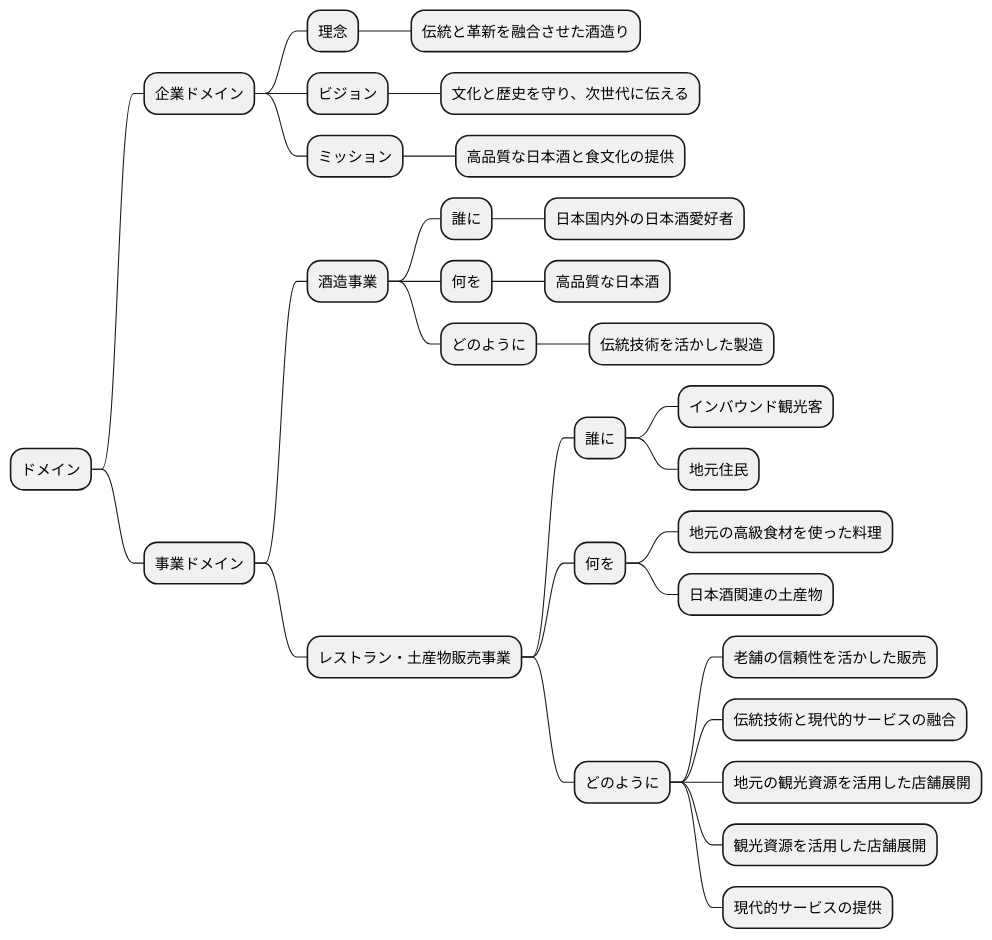
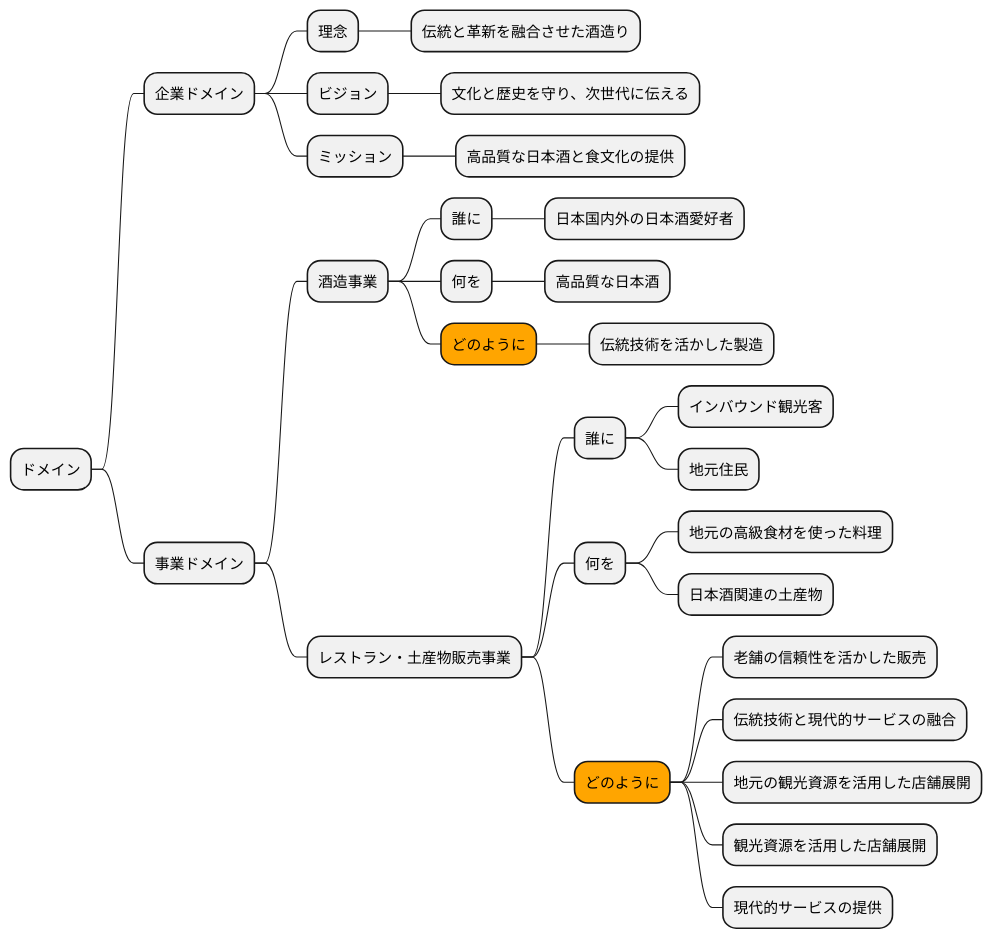
Before and after one commit to k2works/case-sutudy-business-analysis: the fifth of 16 diagrams in docs/case/r02_case_1.adoc, drawn with PlantUML. The commit also changed other lines of this file and 1 other file, not shown here.

```diff
--- a/docs/case/r02_case_1.adoc
+++ b/docs/case/r02_case_1.adoc
@@ -168,38 +168,36 @@
 [plantuml]
 ----
 @startmindmap
 
 * ドメイン
 ** 企業ドメイン
 *** 理念
 **** 伝統と革新を融合させた酒造り
 *** ビジョン
 **** 文化と歴史を守り、次世代に伝える
 *** ミッション
 **** 高品質な日本酒と食文化の提供
-
 ** 事業ドメイン
 *** 酒造事業
 **** 誰に
 ***** 日本国内外の日本酒愛好者
 **** 何を
 ***** 高品質な日本酒
-**** どのように
+****[#orange] どのように
 ***** 伝統技術を活かした製造
-
 *** レストラン・土産物販売事業
 **** 誰に
 ***** インバウンド観光客
 ***** 地元住民
 **** 何を
 ***** 地元の高級食材を使った料理
 ***** 日本酒関連の土産物
-**** どのように
+****[#orange] どのように
 ***** 老舗の信頼性を活かした販売
 ***** 伝統技術と現代的サービスの融合
 ***** 地元の観光資源を活用した店舗展開
 ***** 観光資源を活用した店舗展開
 ***** 現代的サービスの提供
 
 @endmindmap
 ----
```
